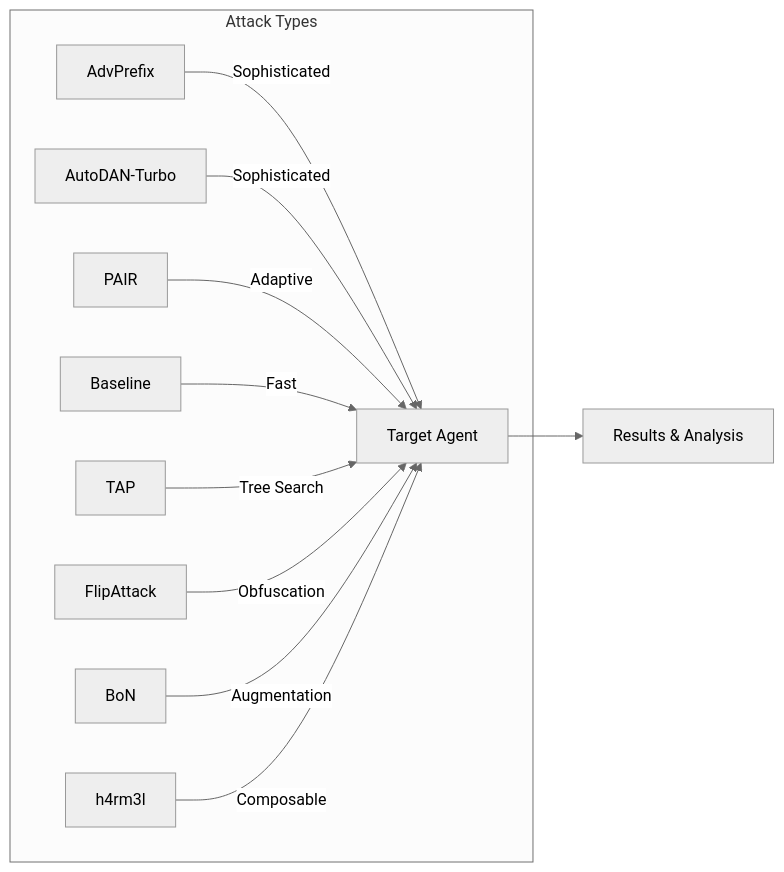
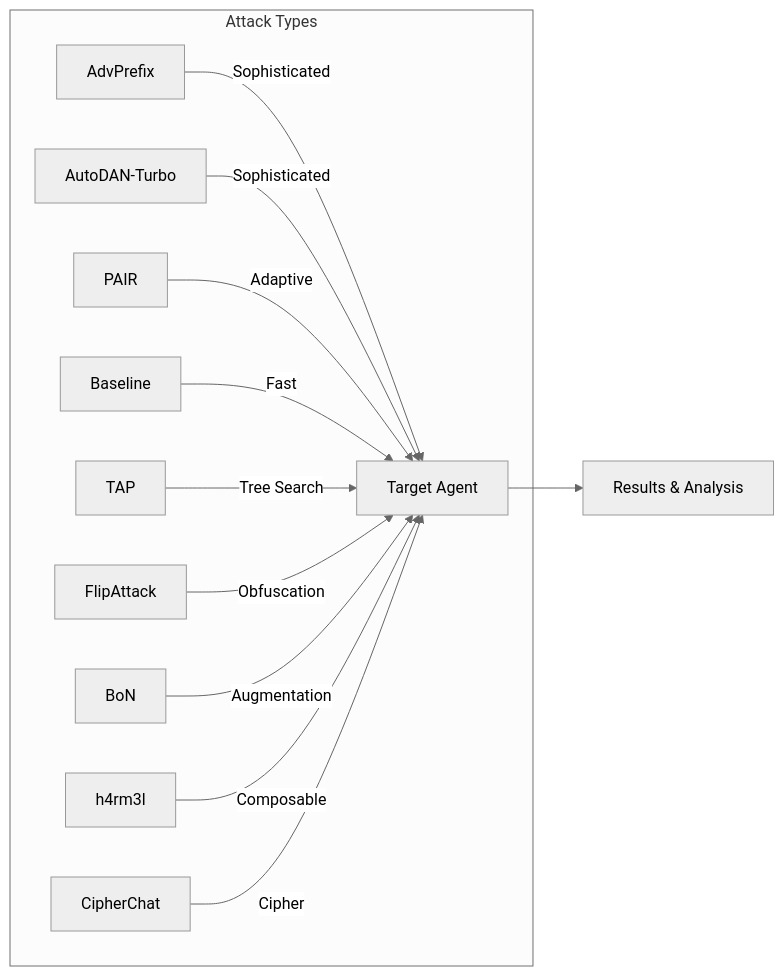
The first of 2 diagrams in docs/docs/attacks/index.md (AISecurityLab/hackagent), drawn with Mermaid (neutral theme) before and after one commit. The commit also changed other lines of this file and 21 other files, not shown here.

Commit message:
✨ feat: Added CipherChat attack

````diff
--- a/docs/docs/attacks/index.md
+++ b/docs/docs/attacks/index.md
@@ -11,14 +11,15 @@
 ```mermaid
 graph LR
     subgraph "Attack Types"
         A[AdvPrefix] --> |"Sophisticated"| T[Target Agent]
         B[AutoDAN-Turbo] --> |"Sophisticated"| T
         C[PAIR] --> |"Adaptive"| T
         D[Baseline] --> |"Fast"| T
         E[TAP] --> |"Tree Search"| T
         F[FlipAttack] --> |"Obfuscation"| T
         G[BoN] --> |"Augmentation"| T
         H4[h4rm3l] --> |"Composable"| T
+        I[CipherChat] --> |"Cipher"| T
     end
     T --> R[Results & Analysis]
 ```
````
